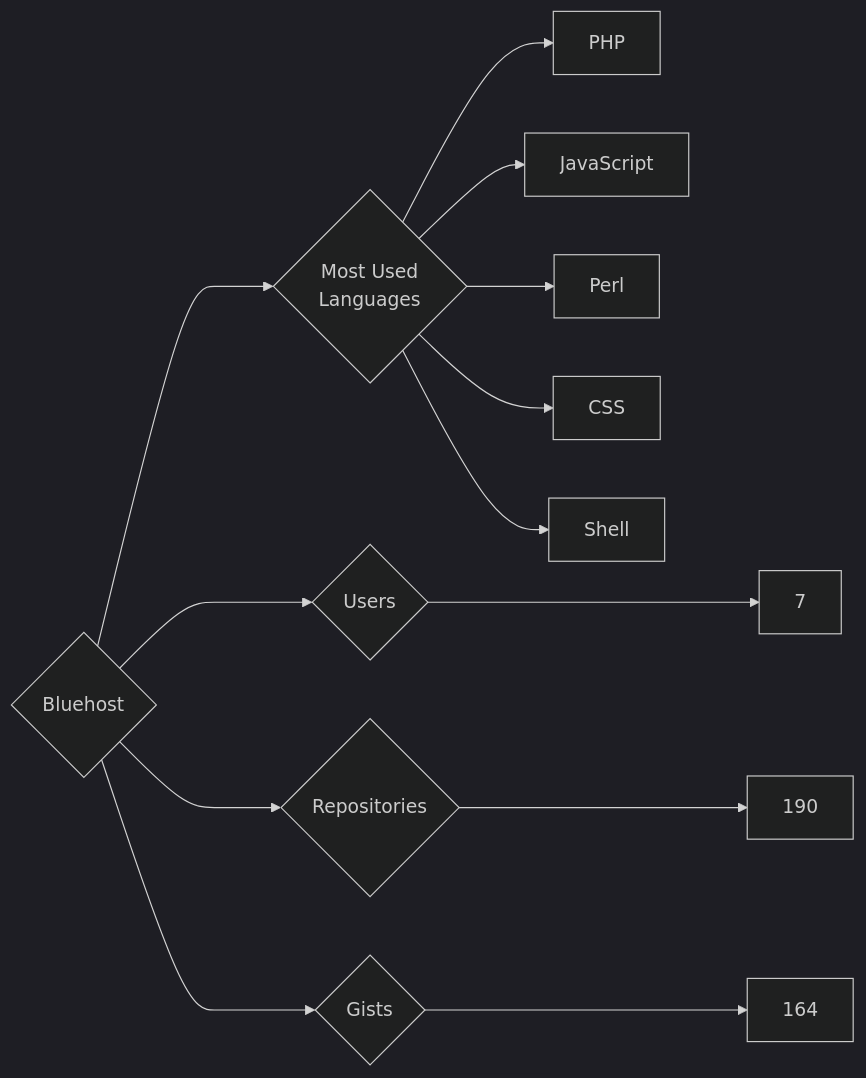
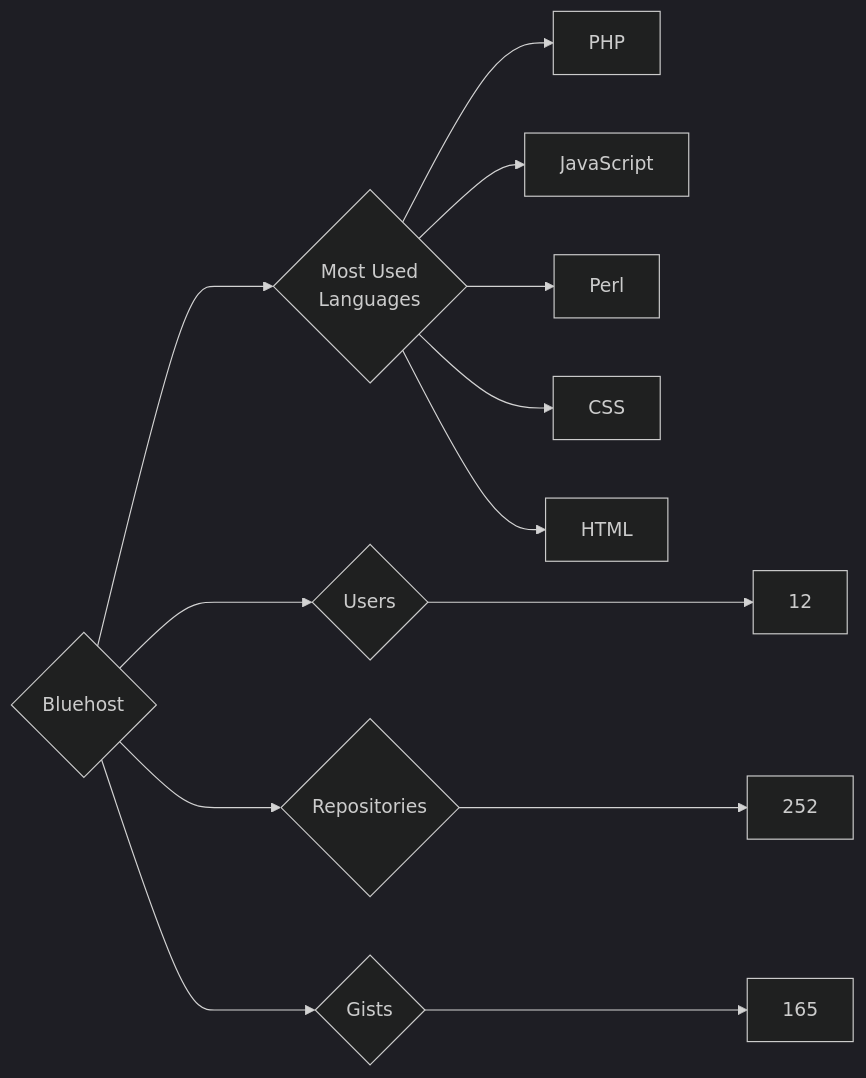
The diagram in targets/Bluehost/README.md (trickest/insiders), drawn with Mermaid (dark theme) before and after one commit. The commit also changed 984 other files, not shown here.

````diff
--- a/targets/Bluehost/README.md
+++ b/targets/Bluehost/README.md
@@ -3,13 +3,13 @@
 ```mermaid
 graph LR
 COMPANY_NAME{Bluehost}
-COMPANY_NAME ---> U{Users} ---> UN[7]
-COMPANY_NAME ---> R{Repositories} ---> RN[190]
-COMPANY_NAME ---> G{Gists} ---> GN[164]
+COMPANY_NAME ---> U{Users} ---> UN[12]
+COMPANY_NAME ---> R{Repositories} ---> RN[252]
+COMPANY_NAME ---> G{Gists} ---> GN[165]
 COMPANY_NAME ---> ML{Most Used<br>Languages}
 ML --> PHP[PHP]
 ML --> JavaScript[JavaScript]
 ML --> Perl[Perl]
 ML --> CSS[CSS]
-ML --> Shell[Shell]
+ML --> HTML[HTML]
 ```
````
